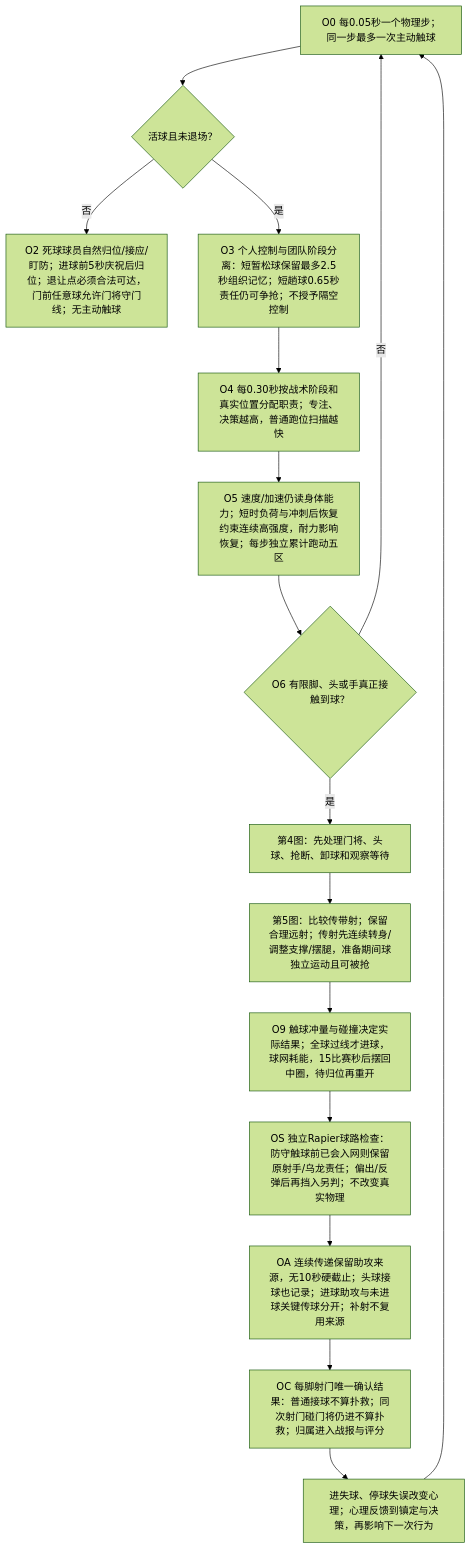
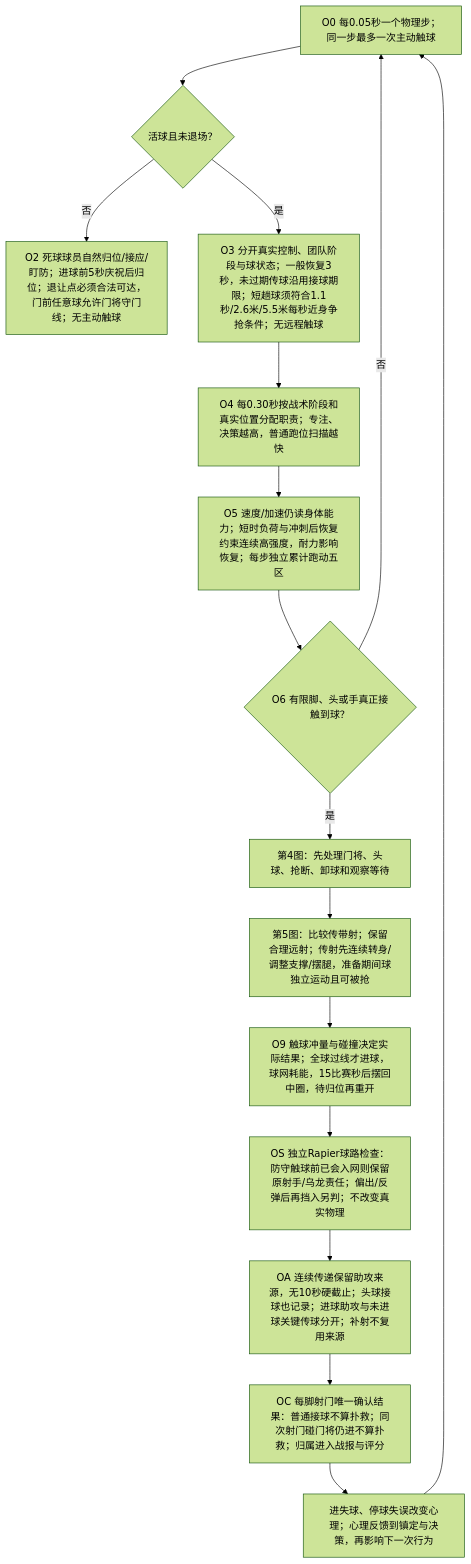
The first of 7 diagrams in packages/shared/modules/matches/design/PLAYER_DECISION_MAP.md (sixu3575/touchline-manager), drawn with Mermaid (forest theme) before and after one commit. The commit also changed other lines of this file and 67 other files, not shown here.

````diff
--- a/packages/shared/modules/matches/design/PLAYER_DECISION_MAP.md
+++ b/packages/shared/modules/matches/design/PLAYER_DECISION_MAP.md
@@ -29,18 +29,18 @@
 ```mermaid
 flowchart TD
   O0["O0 每0.05秒一个物理步；同一步最多一次主动触球"] --> O1{"活球且未退场？"}
   O1 -->|否| O2["O2 死球球员自然归位/接应/盯防；进球前5秒庆祝后归位；退让点必须合法可达，门前任意球允许门将守门线；无主动触球"]
-  O1 -->|是| O3["O3 个人控制与团队阶段分离：短暂松球保留最多2.5秒组织记忆；短趟球0.65秒责任仍可争抢；不授予隔空控制"]
+  O1 -->|是| O3["O3 分开真实控制、团队阶段与球状态；一般恢复3秒，未过期传球沿用接球期限；短趟球须符合1.1秒/2.6米/5.5米每秒近身争抢条件；无远程触球"]
   O3 --> O4["O4 每0.30秒按战术阶段和真实位置分配职责；专注、决策越高，普通跑位扫描越快"]
   O4 --> O5["O5 速度/加速仍读身体能力；短时负荷与冲刺后恢复约束连续高强度，耐力影响恢复；每步独立累计跑动五区"]
   O5 --> O6{"O6 有限脚、头或手真正接触到球？"}
   O6 -->|否| O0
   O6 -->|是| O7["第4图：先处理门将、头球、抢断、卸球和观察等待"]
   O7 --> O8["第5图：比较传带射；保留合理远射；传射先连续转身/调整支撑/摆腿，准备期间球独立运动且可被抢"]
   O8 --> O9["O9 触球冲量与碰撞决定实际结果；全球过线才进球，球网耗能，15比赛秒后摆回中圈，待归位再重开"]
   O9 --> OS["OS 独立Rapier球路检查：防守触球前已会入网则保留原射手/乌龙责任；偏出/反弹后再挡入另判；不改变真实物理"]
   OS --> OA["OA 连续传递保留助攻来源，无10秒硬截止；头球接球也记录；进球助攻与未进球关键传球分开；补射不复用来源"]
   OA --> OC["OC 每脚射门唯一确认结果：普通接球不算扑救；同次射门碰门将仍进不算扑救；归属进入战报与评分"]
   OC --> O10["进失球、停球失误改变心理；心理反馈到镇定与决策，再影响下一次行为"]
   O10 --> O0
 ```
````
